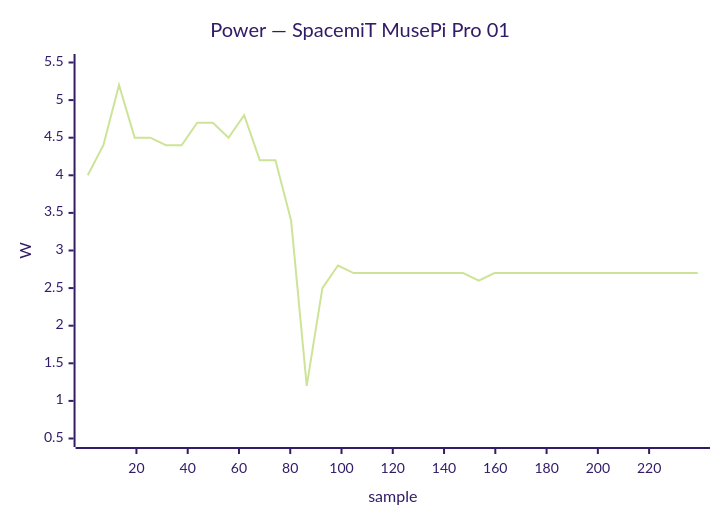
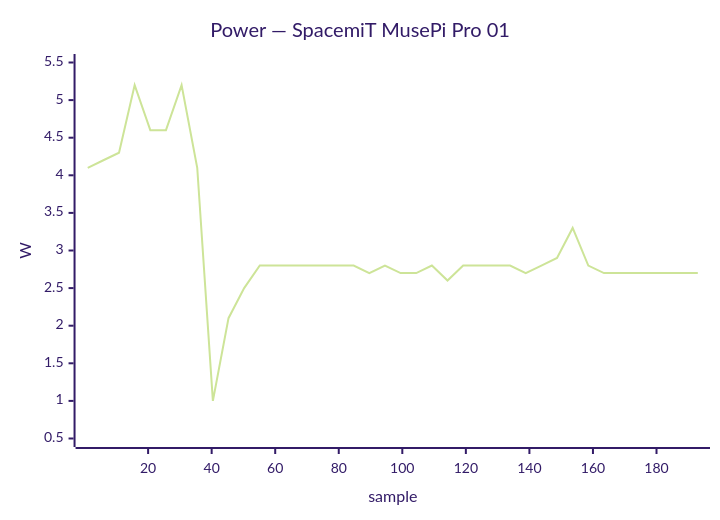
Before and after one commit to armbian/documentation: the third of 41 diagrams in docs/status/board-tests.md, drawn with Mermaid (forest theme). The commit also changed other lines of this file, not shown here.

````diff
--- a/docs/status/board-tests.md
+++ b/docs/status/board-tests.md
@@ -153,7 +153,7 @@
 ```mermaid
 xychart-beta
     title "Power — SpacemiT MusePi Pro 01"
-    x-axis "sample" 1 --> 239
+    x-axis "sample" 1 --> 193
     y-axis "W" 0.5 --> 5.5
-    line [4.0, 4.4, 5.2, 4.5, 4.5, 4.4, 4.4, 4.7, 4.7, 4.5, 4.8, 4.2, 4.2, 3.4, 1.2, 2.5, 2.8, 2.7, 2.7, 2.7, 2.7, 2.7, 2.7, 2.7, 2.7, 2.6, 2.7, 2.7, 2.7, 2.7, 2.7, 2.7, 2.7, 2.7, 2.7, 2.7, 2.7, 2.7, 2.7, 2.7]
+    line [4.1, 4.2, 4.3, 5.2, 4.6, 4.6, 5.2, 4.1, 1.0, 2.1, 2.5, 2.8, 2.8, 2.8, 2.8, 2.8, 2.8, 2.8, 2.7, 2.8, 2.7, 2.7, 2.8, 2.6, 2.8, 2.8, 2.8, 2.8, 2.7, 2.8, 2.9, 3.3, 2.8, 2.7, 2.7, 2.7, 2.7, 2.7, 2.7, 2.7]
 ```
````
